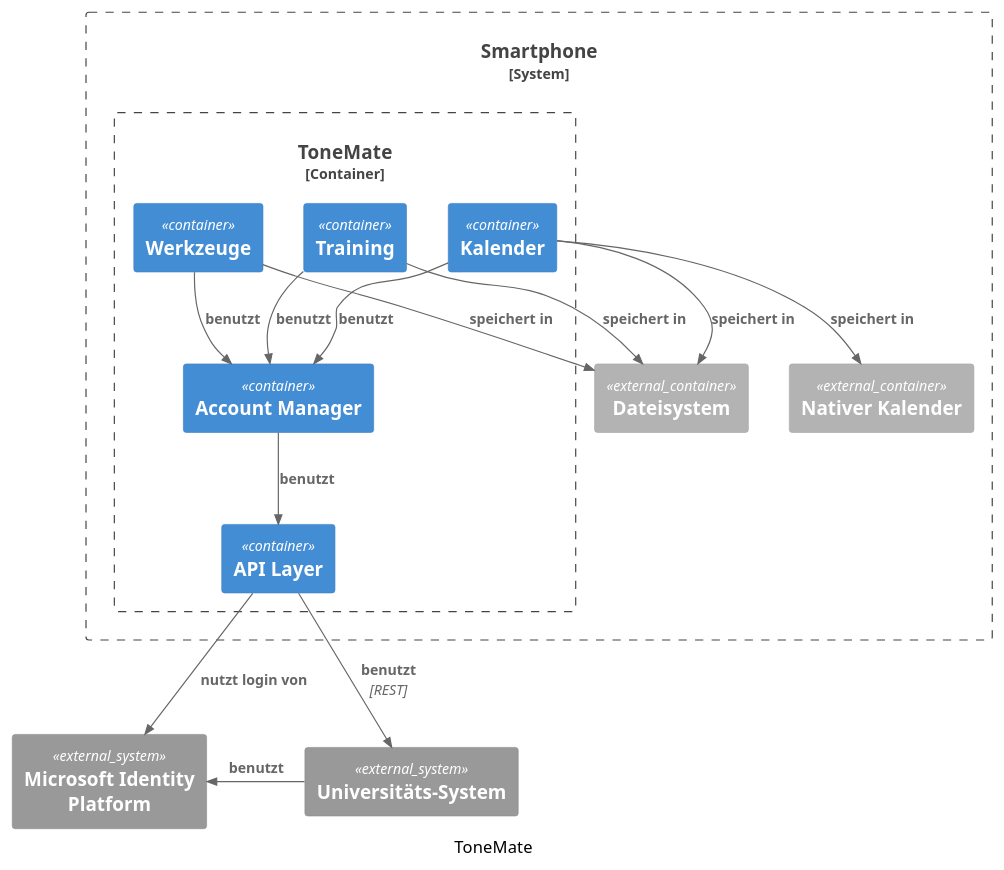
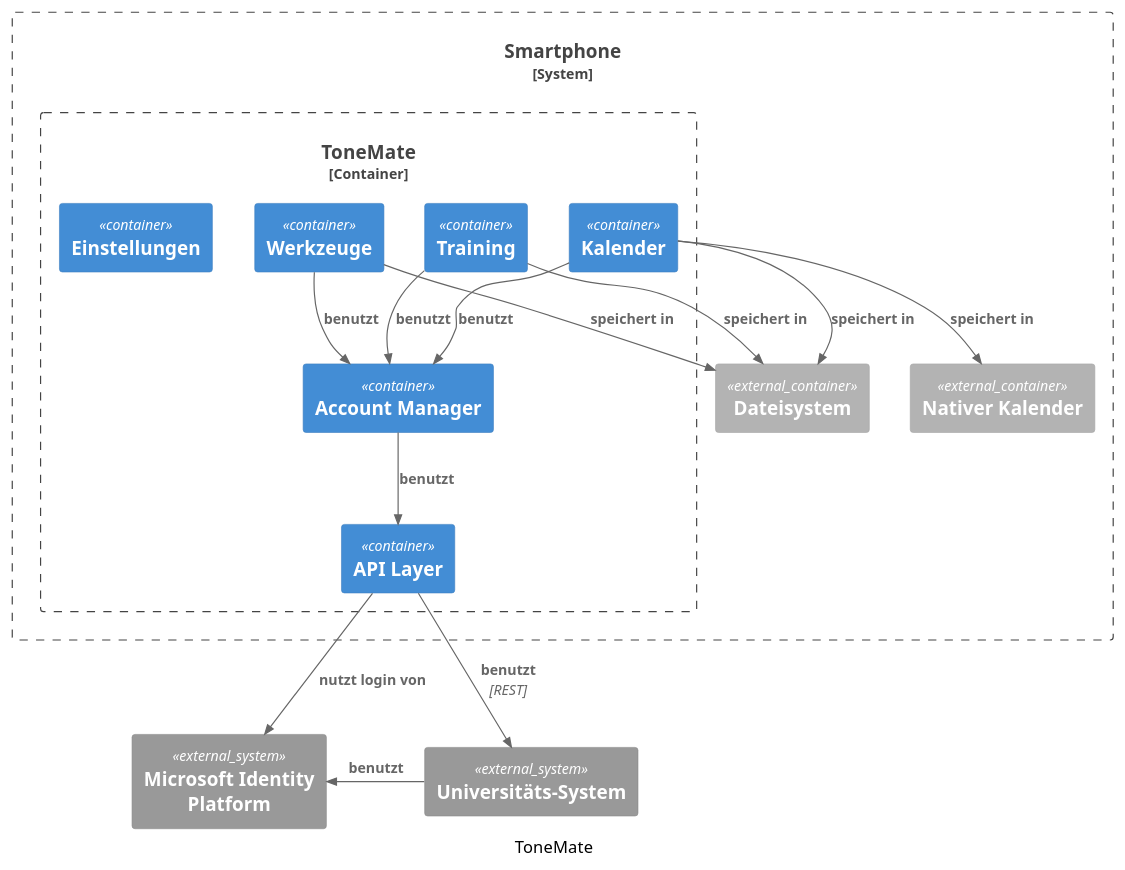
Before and after one commit to BB223/sw-architecture: the second of 6 diagrams in src/05_building_block_view.adoc, drawn with PlantUML. The commit also changed other lines of this file, not shown here.

```diff
--- a/src/05_building_block_view.adoc
+++ b/src/05_building_block_view.adoc
@@ -99,37 +102,38 @@
 [plantuml]
 ....
 @startuml
 !include <C4/C4_Container>
 
 caption ToneMate
 
 System_Boundary(phone, "Smartphone") {
     Container_Boundary(toneMate, "ToneMate") {
         Container(werkzeuge, "Werkzeuge")
         Container(kalender, "Kalender")
         Container(training, "Training")
+        Container(einstellungen, "Einstellungen")
         Container(accountManager, "Account Manager")
         Container(api, "API Layer")
 
         Rel(training, accountManager, "benutzt")
         Rel(werkzeuge, accountManager, "benutzt")
         Rel(kalender, accountManager, "benutzt")
         Rel(accountManager, api, "benutzt")
     }
     Container_Ext(dateiSystem, "Dateisystem")
     Container_Ext(kalenderExt, "Nativer Kalender")
 
     Rel(kalender, kalenderExt, "speichert in")
     Rel(kalender, dateiSystem, "speichert in")
     Rel(werkzeuge, dateiSystem, "speichert in")
     Rel(training, dateiSystem, "speichert in")
 }
 System_Ext(oauth, "Microsoft Identity Platform")
 System_Ext(uni, "Universitäts-System")
 
 Rel(api, uni, "benutzt", "REST")
 Rel_L(uni, oauth, "benutzt")
 Rel(api, oauth, "nutzt login von")
 
 @enduml
 ....
```
